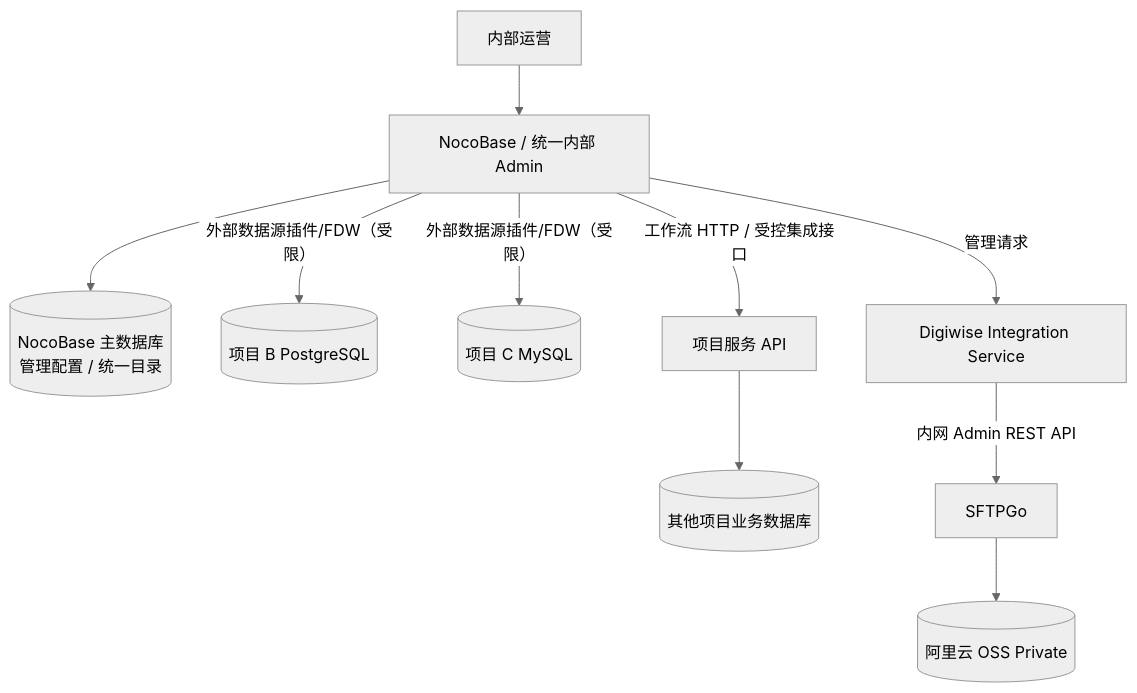
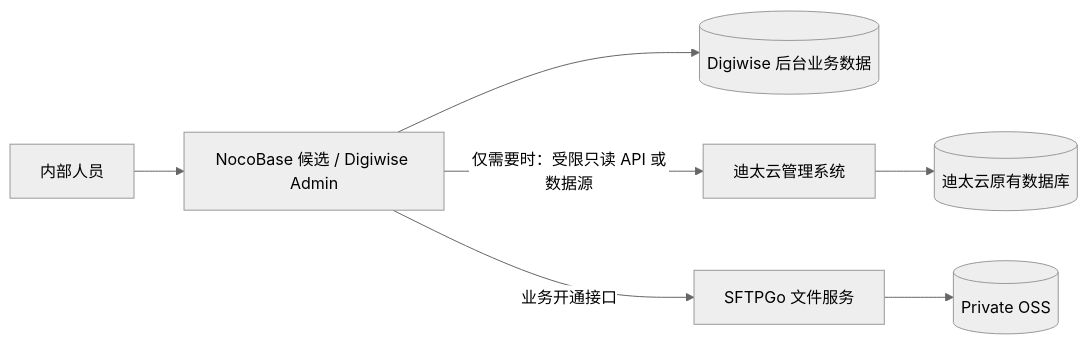
One commit to Mixlong/studio changed the diagram in docs/architecture/multi-project-data-integration.md. Above: the diagram before and after it, drawn with Mermaid (neutral theme). The commit also changed other lines of this file, not shown here.

Commit message:
docs: narrow external integration to optional Ditaiyun data access

````diff
--- a/docs/architecture/multi-project-data-integration.md
+++ b/docs/architecture/multi-project-data-integration.md
@@ -17,12 +20,9 @@
 ```mermaid
-flowchart TB
-  OPS[内部运营] --> ADMIN[NocoBase / 统一内部 Admin]
-  ADMIN --> MAIN[(NocoBase 主数据库\n管理配置 / 统一目录)]
-  ADMIN -->|外部数据源插件/FDW（受限）| DBB[(项目 B PostgreSQL)]
-  ADMIN -->|外部数据源插件/FDW（受限）| DBC[(项目 C MySQL)]
-  ADMIN -->|工作流 HTTP / 受控集成接口| API[项目服务 API]
-  API --> DBD[(其他项目业务数据库)]
-  ADMIN -->|管理请求| BRIDGE[Digiwise Integration Service]
-  BRIDGE -->|内网 Admin REST API| SFTP[SFTPGo]
-  SFTP --> OSS[(阿里云 OSS Private)]
+flowchart LR
+  STAFF[内部人员] --> NB[NocoBase 候选 / Digiwise Admin]
+  NB --> CORE[(Digiwise 后台业务数据)]
+  NB -->|仅需要时：受限只读 API 或数据源| DTS[迪太云管理系统]
+  DTS --> DTDB[(迪太云原有数据库)]
+  NB -->|业务开通接口| S[SFTPGo 文件服务]
+  S --> OSS[(Private OSS)]
 ```
````
